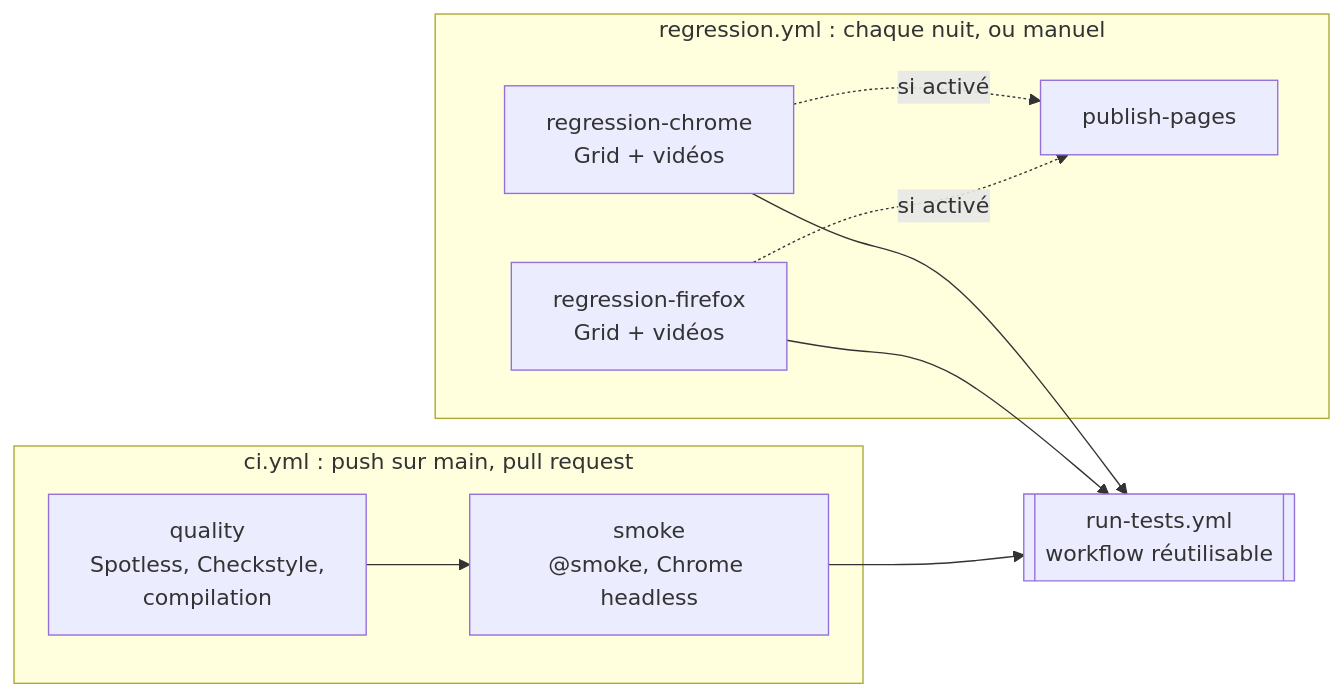
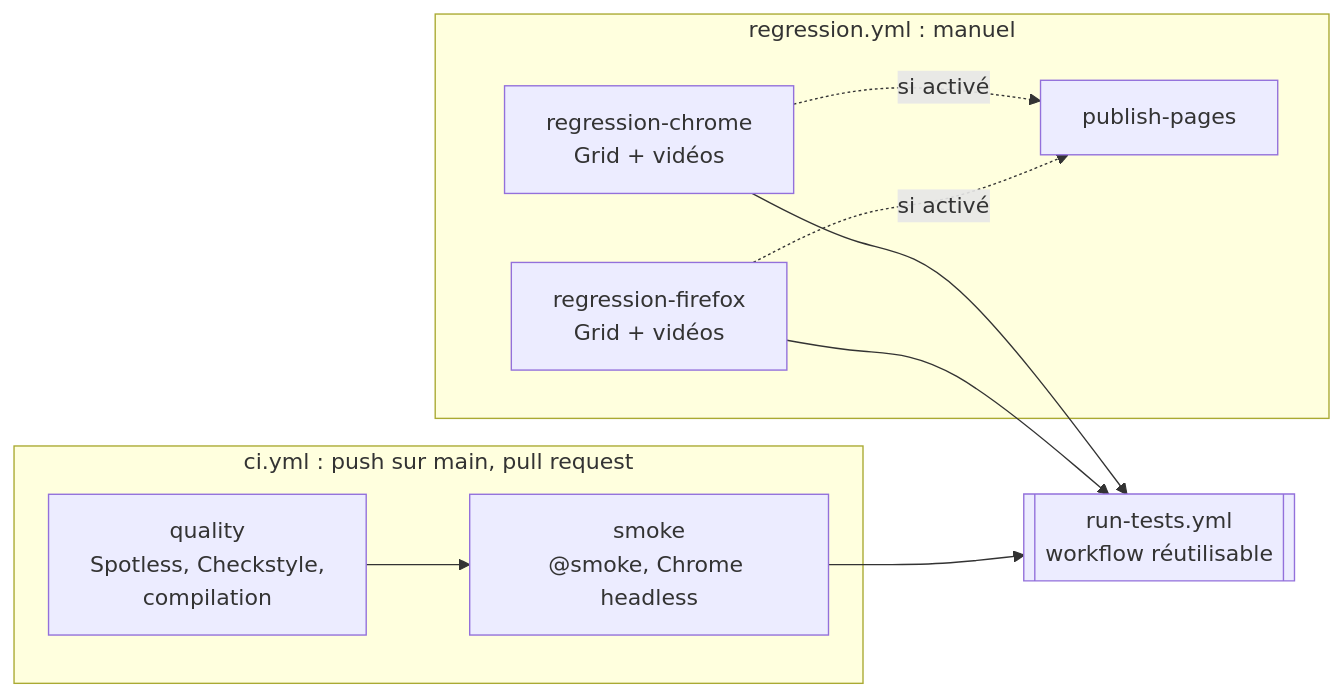
The third of 3 diagrams in README.md (phlearning/selenium-bdd-framework), drawn with Mermaid before and after one commit. The commit also changed other lines of this file and 2 other files, not shown here.

First line of the commit message:
Retry the Pages deployment and drop the nightly regression schedule (#20)

````diff
--- a/README.md
+++ b/README.md
@@ -436,14 +436,14 @@
 ```mermaid
 flowchart LR
     subgraph ci["ci.yml : push sur main, pull request"]
         Q["quality<br/>Spotless, Checkstyle,<br/>compilation"] --> SM["smoke<br/>@smoke, Chrome headless"]
     end
-    subgraph reg["regression.yml : chaque nuit, ou manuel"]
+    subgraph reg["regression.yml : manuel"]
         RC["regression-chrome<br/>Grid + vidéos"]
         RF["regression-firefox<br/>Grid + vidéos"]
         RC & RF -.->|"si activé"| PG["publish-pages"]
     end
     SM --> RT[["run-tests.yml<br/>workflow réutilisable"]]
     RC --> RT
     RF --> RT
 ```
````
